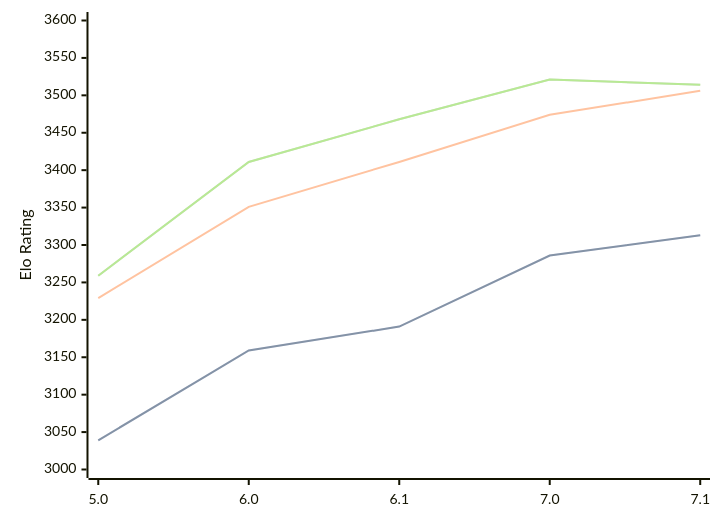
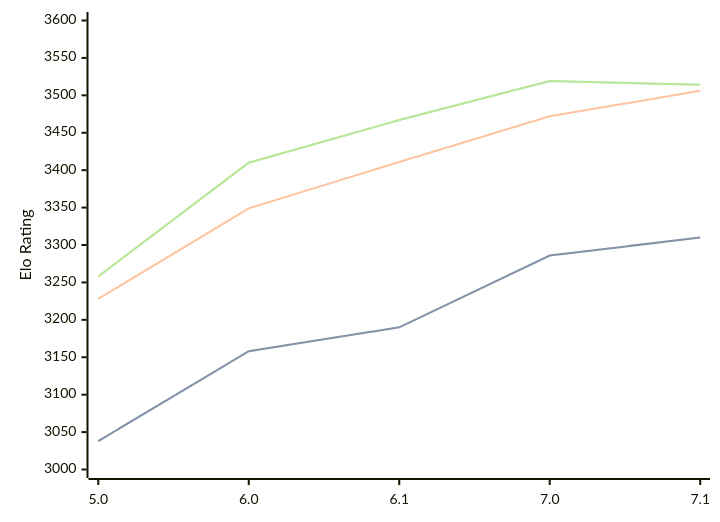
Before and after one commit to computer-chess-index/cci: the first of 3 diagrams in engines/PZChessBot.md, drawn with Mermaid. The commit also changed other lines of this file, not shown here.

Commit message:
Update CCI Ratings (ELO VLTC) - 2026-07-15

````diff
--- a/engines/PZChessBot.md
+++ b/engines/PZChessBot.md
@@ -44,11 +44,11 @@
 ```mermaid
 %%{init: {"theme":"base","themeVariables":{"seriesColors:['#a3a3a3','#222221','#faa371']}}}%%
 xychart-beta
   x-axis ["5.0", "6.0", "6.1", "7.0", "7.1"]
   y-axis "Elo Rating" 3000 --> 3600
-  line "STC (8.0+0.08s)" [3039, 3159, 3191, 3286, 3313]
-  line "STC (8.0+0.08s)" [3039, 3159, 3191, 3286, 3313]
-  line "LTC (60.0+0.60s)" [3229, 3351, 3411, 3474, 3506]
-  line "VLTC (2m24s+1.12s)" [3259, 3411, 3468, 3521, 3514]
-  line "VLTC (2m24s+1.12s)" [3259, 3411, 3468, 3521, 3514]
+  line "STC (8.0+0.08s)" [3038, 3158, 3190, 3286, 3310]
+  line "STC (8.0+0.08s)" [3038, 3158, 3190, 3286, 3310]
+  line "LTC (60.0+0.60s)" [3228, 3349, 3411, 3472, 3506]
+  line "VLTC (2m24s+1.12s)" [3258, 3410, 3467, 3519, 3514]
+  line "VLTC (2m24s+1.12s)" [3258, 3410, 3467, 3519, 3514]
 ```
````
